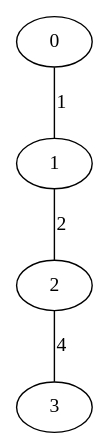
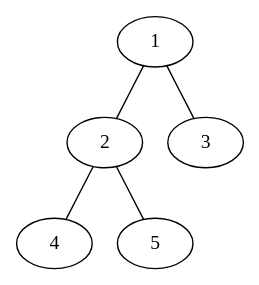
The diagram in src/main.dot (tamura2004/atcoder), drawn with Graphviz before and after one commit. The commit also changed 5 other files, not shown here.

```diff
--- a/src/main.dot
+++ b/src/main.dot
@@ -1,5 +1,6 @@
 graph sample {
-  0 -- 1 [label = 1];
-  1 -- 2 [label = 2];
-  2 -- 3 [label = 4];
+  1 -- 2;
+  1 -- 3;
+  2 -- 4;
+  2 -- 5;
 }
```
